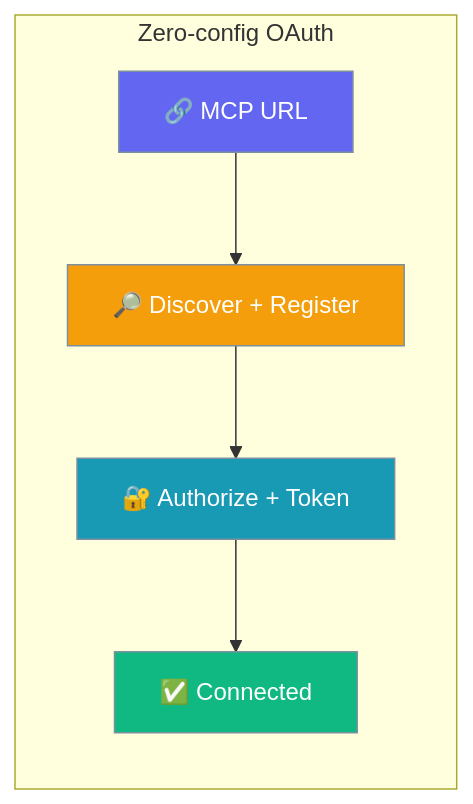
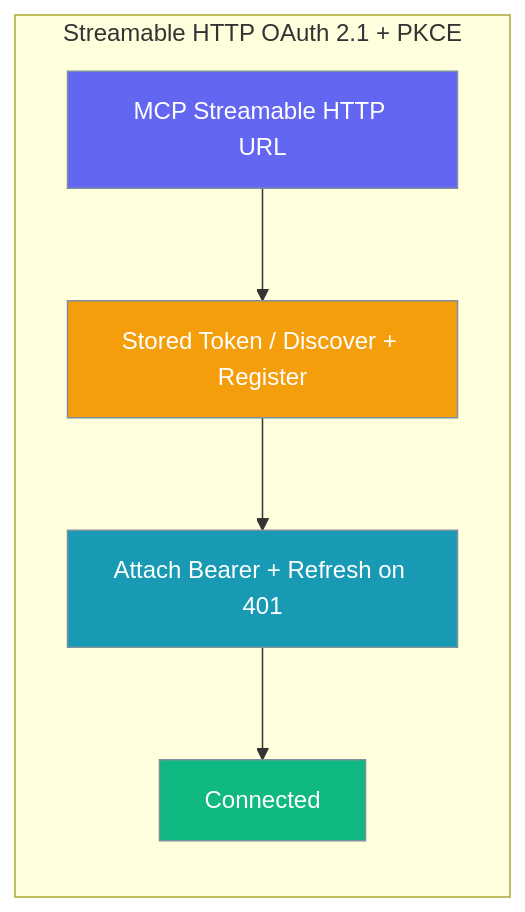
The first of 2 diagrams in docs/mcp/mcp-oauth.mdx (MervinPraison/PraisonAIDocs), drawn with Mermaid before and after one commit. The commit also changed other lines of this file, not shown here.

First line of the commit message:
docs(mcp): align mcp-oauth.mdx with Streamable HTTP OAuth wiring (#6841, #6856) (C-10) (#5102)

````diff
--- a/docs/mcp/mcp-oauth.mdx
+++ b/docs/mcp/mcp-oauth.mdx
@@ -18,18 +18,18 @@
 ```mermaid
 graph LR
-    subgraph "Zero-config OAuth"
-        A[🔗 MCP URL] --> B[🔎 Discover + Register]
-        B --> C[🔐 Authorize + Token]
-        C --> D[✅ Connected]
+    subgraph "Streamable HTTP OAuth 2.1 + PKCE"
+        A[MCP Streamable HTTP URL] --> B[Stored Token / Discover + Register]
+        B --> C[Attach Bearer + Refresh on 401]
+        C --> D[Connected]
     end
 
     classDef url fill:#6366F1,stroke:#7C90A0,color:#fff
     classDef discover fill:#F59E0B,stroke:#7C90A0,color:#fff
     classDef auth fill:#189AB4,stroke:#7C90A0,color:#fff
     classDef done fill:#10B981,stroke:#7C90A0,color:#fff
 
     class A url
     class B discover
     class C auth
     class D done
 ```
````
